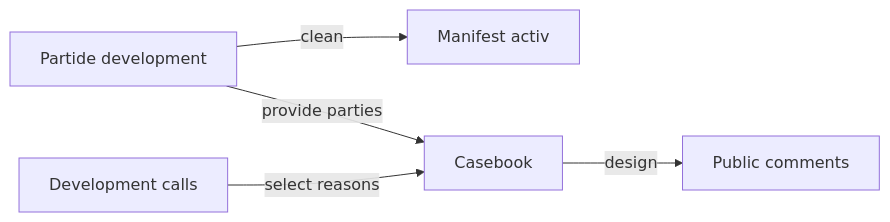
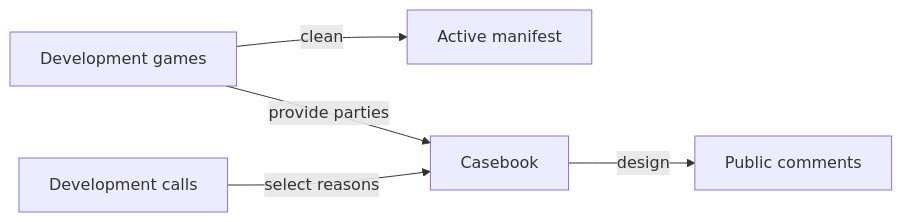
Before and after one commit to crististefanita/atf_j4: the diagram in docs/learning/ATF_Selection.md, drawn with Mermaid. The commit also changed other lines of this file and 84 other files, not shown here.

````diff
--- a/docs/learning/ATF_Selection.md
+++ b/docs/learning/ATF_Selection.md
@@ -17,7 +17,7 @@
 ```mermaid
 flowchart LR
-    ARCH[Partide development] -->|clean| ACTIVE[Manifest activ]
+    ARCH[Development games] -->|clean| ACTIVE[Active manifest]
     RUN[Development calls] -->|select reasons| CASE[Casebook]
     ARCH -->|provide parties| CASE
     CASE -->|design| OBS[Public comments]
 ```
````
